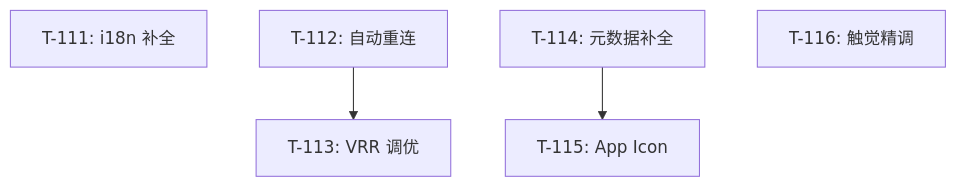
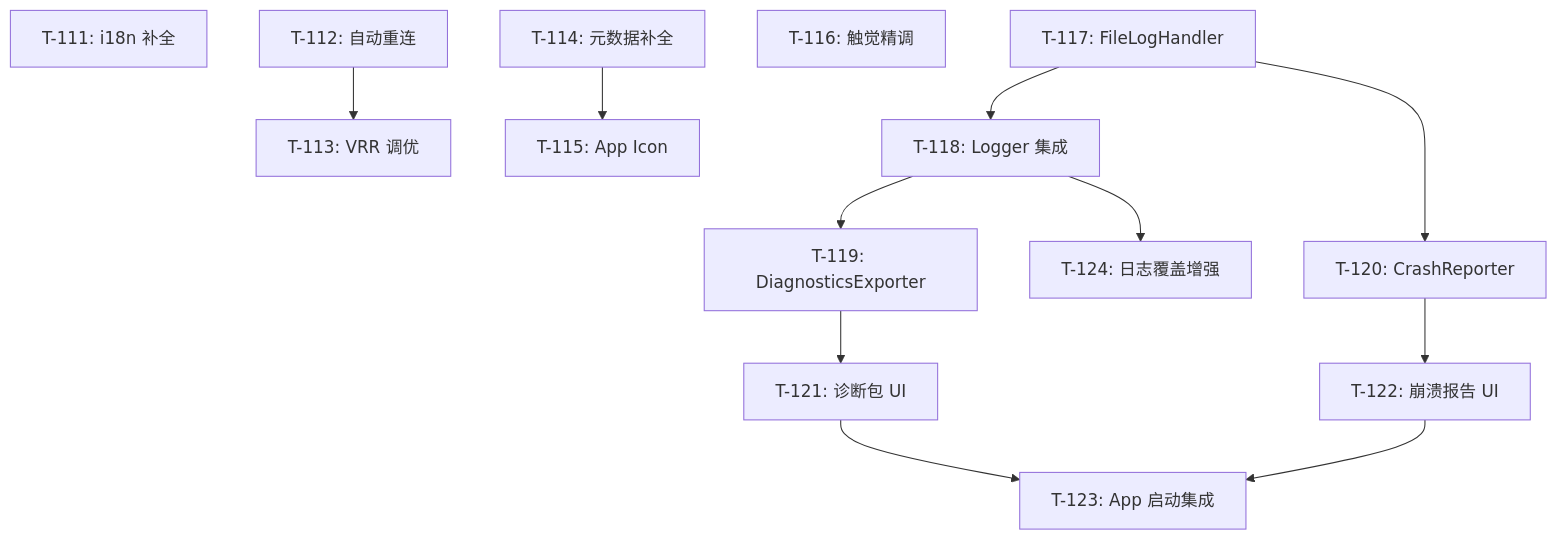
One commit to ab300819/chiaki-apple changed the diagram in docs/devdocs/04-dev-tasks.md. Above: the diagram before and after it, drawn with Mermaid. The commit also changed other lines of this file and 3 other files, not shown here.

````diff
--- a/docs/devdocs/04-dev-tasks.md
+++ b/docs/devdocs/04-dev-tasks.md
@@ -57,12 +259,33 @@
 ```mermaid
 graph TD
     T111[T-111: i18n 补全]
     T112[T-112: 自动重连]
     T113[T-113: VRR 调优]
     T114[T-114: 元数据补全]
     T115[T-115: App Icon]
     T116[T-116: 触觉精调]
 
+    %% 日志系统任务
+    T117[T-117: FileLogHandler]
+    T118[T-118: Logger 集成]
+    T119[T-119: DiagnosticsExporter]
+    T120[T-120: CrashReporter]
+    T121[T-121: 诊断包 UI]
+    T122[T-122: 崩溃报告 UI]
+    T123[T-123: App 启动集成]
+    T124[T-124: 日志覆盖增强]
+
+    %% 原有依赖
     T112 --> T113
     T114 --> T115
+
+    %% 日志系统依赖链
+    T117 --> T118
+    T117 --> T120
+    T118 --> T119
+    T118 --> T124
+    T119 --> T121
+    T120 --> T122
+    T121 --> T123
+    T122 --> T123
 ```
````
